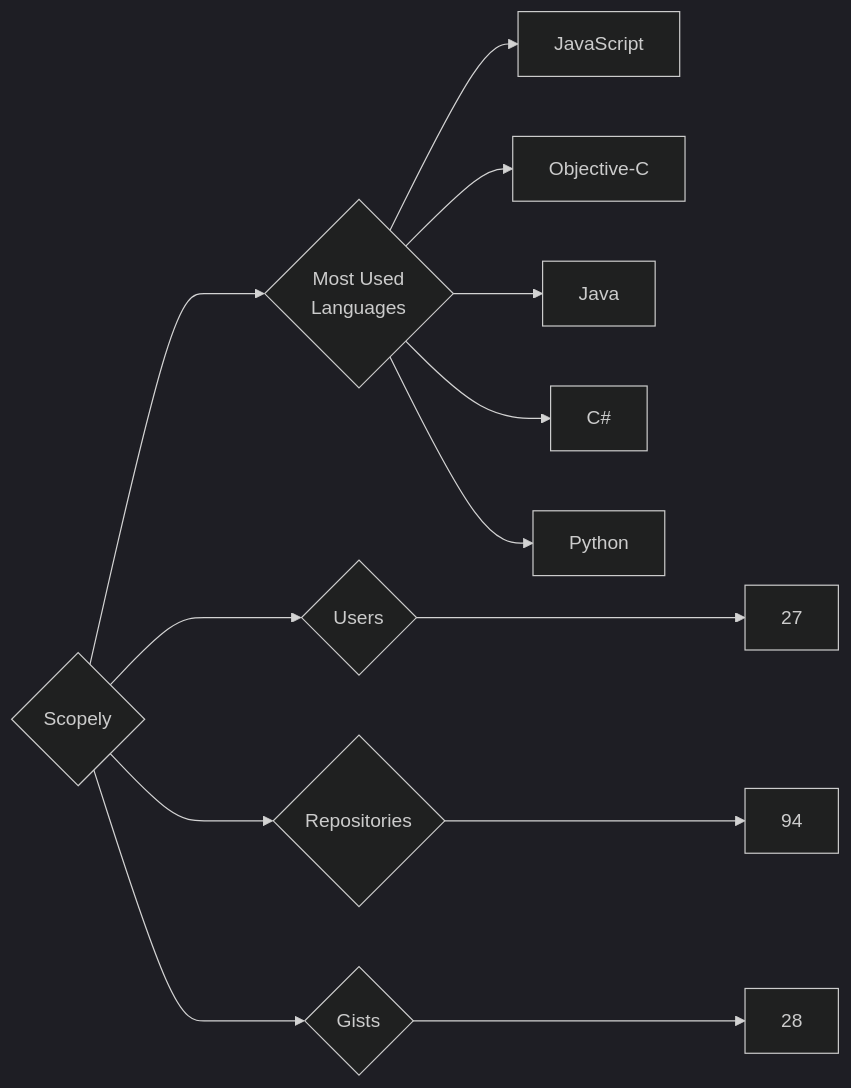
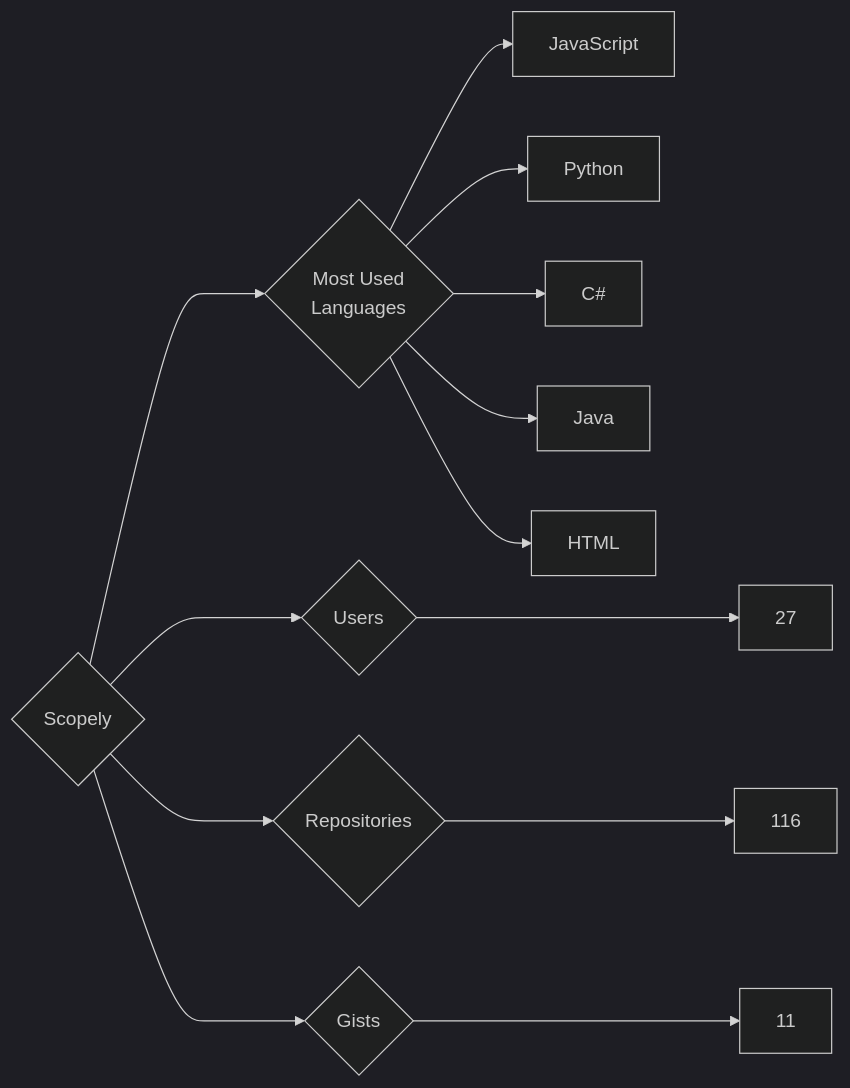
One commit to trickest/insiders changed the diagram in targets/Scopely/README.md. Above: the diagram before and after it, drawn with Mermaid (dark theme). The commit also changed 912 other files, not shown here.

````diff
--- a/targets/Scopely/README.md
+++ b/targets/Scopely/README.md
@@ -3,13 +3,13 @@
 ```mermaid
 graph LR
 COMPANY_NAME{Scopely}
 COMPANY_NAME ---> U{Users} ---> UN[27]
-COMPANY_NAME ---> R{Repositories} ---> RN[94]
-COMPANY_NAME ---> G{Gists} ---> GN[28]
+COMPANY_NAME ---> R{Repositories} ---> RN[116]
+COMPANY_NAME ---> G{Gists} ---> GN[11]
 COMPANY_NAME ---> ML{Most Used<br>Languages}
 ML --> JavaScript[JavaScript]
-ML --> Objective-C[Objective-C]
+ML --> Python[Python]
+ML --> C#[C#]
 ML --> Java[Java]
-ML --> C#[C#]
-ML --> Python[Python]
+ML --> HTML[HTML]
 ```
````
